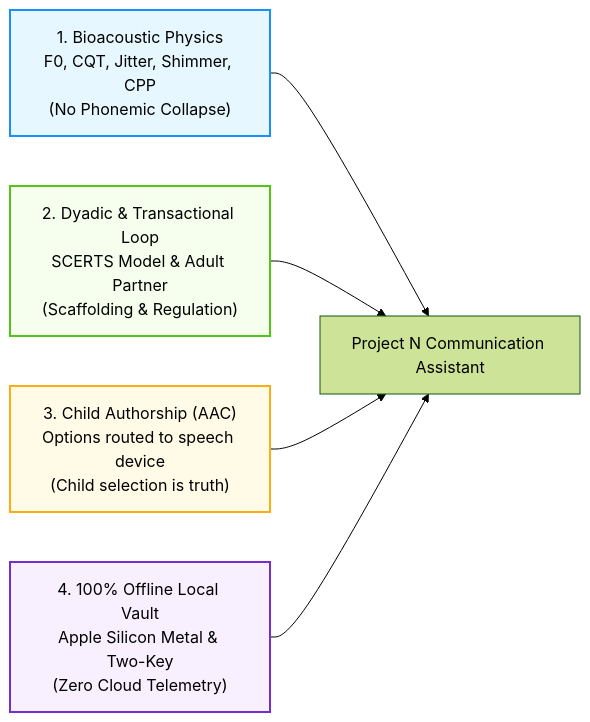
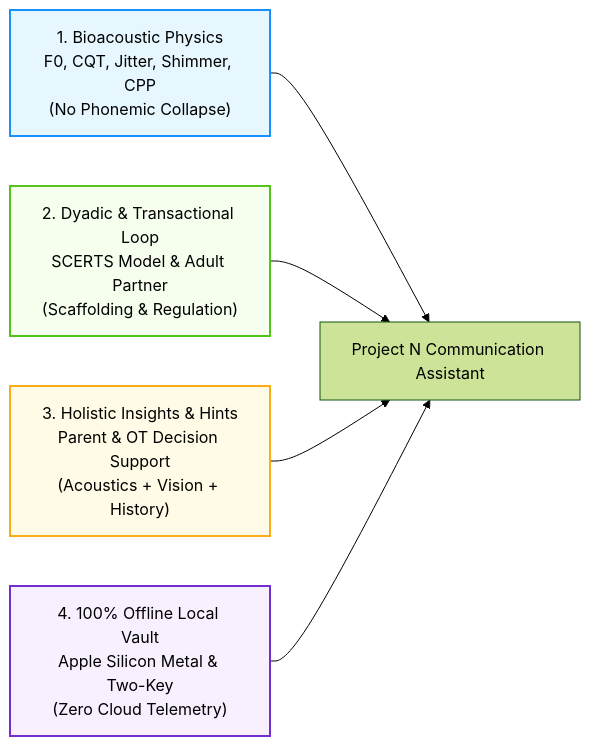
Before and after one commit to olostan/project_n: the second of 2 diagrams in docs/index.md, drawn with Mermaid (forest theme). The commit also changed other lines of this file and 10 other files, not shown here.

````diff
--- a/docs/index.md
+++ b/docs/index.md
@@ -50,14 +54,14 @@
 ```mermaid
 graph LR
     P1["1. Bioacoustic Physics<br/>F0, CQT, Jitter, Shimmer, CPP<br/>(No Phonemic Collapse)"]
     P2["2. Dyadic & Transactional Loop<br/>SCERTS Model & Adult Partner<br/>(Scaffolding & Regulation)"]
-    P3["3. Child Authorship (AAC)<br/>Options routed to speech device<br/>(Child selection is truth)"]
+    P3["3. Holistic Insights & Hints<br/>Parent & OT Decision Support<br/>(Acoustics + Vision + History)"]
     P4["4. 100% Offline Local Vault<br/>Apple Silicon Metal & Two-Key<br/>(Zero Cloud Telemetry)"]
 
     P1 & P2 & P3 & P4 --> Core["Project N Communication Assistant"]
 
     style P1 fill:#e6f7ff,stroke:#1890ff,stroke-width:2px
     style P2 fill:#f6ffed,stroke:#52c41a,stroke-width:2px
     style P3 fill:#fffbe6,stroke:#faad14,stroke-width:2px
     style P4 fill:#f9f0ff,stroke:#722ed1,stroke-width:2px
 ```
````
